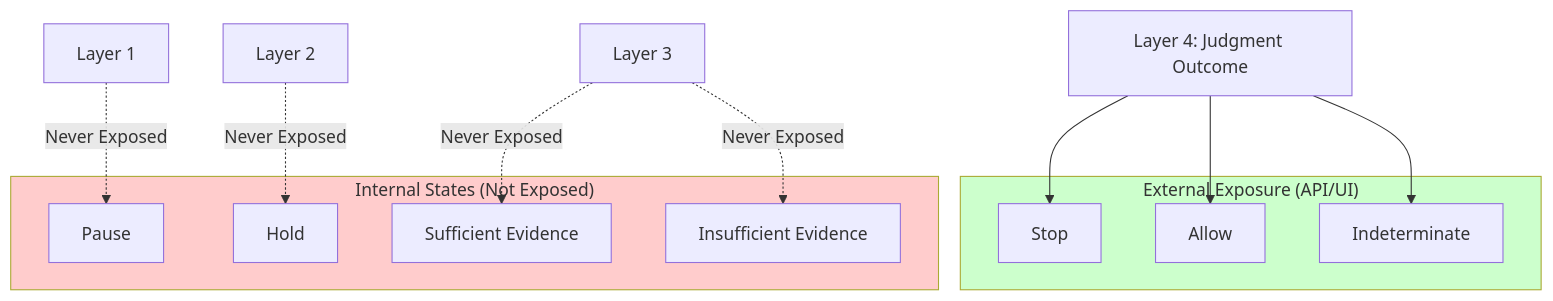
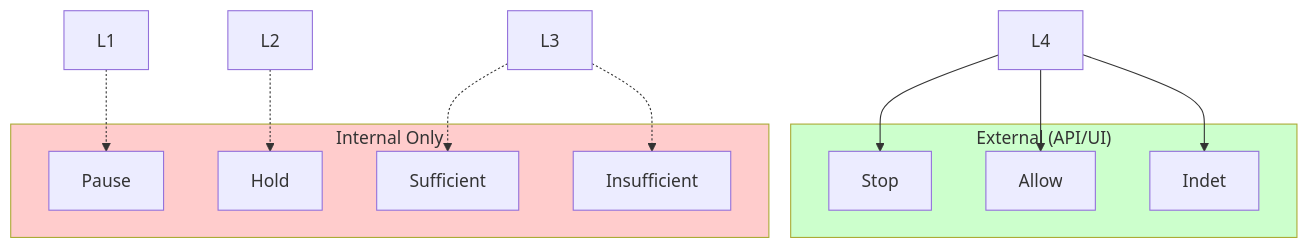
The sixth of 6 diagrams in README.md (Nick-heo-eg/ajt-judgment-flow-demo), drawn with Mermaid before and after one commit. The commit also changed other lines of this file, not shown here.

First line of the commit message:
fix: shorten labels to prevent text overflow in diagrams

````diff
--- a/README.md
+++ b/README.md
@@ -154,27 +154,27 @@
 ```mermaid
 graph TD
-    subgraph External["External Exposure (API/UI)"]
+    subgraph External["External (API/UI)"]
         Ext_Stop[Stop]
         Ext_Allow[Allow]
-        Ext_Indet[Indeterminate]
+        Ext_Indet[Indet]
     end
 
-    subgraph Internal["Internal States (Not Exposed)"]
+    subgraph Internal["Internal Only"]
         Int_Pause[Pause]
         Int_Hold[Hold]
-        Int_Sufficient[Sufficient Evidence]
-        Int_Insufficient[Insufficient Evidence]
+        Int_Suff[Sufficient]
+        Int_Insuff[Insufficient]
     end
 
-    L4[Layer 4: Judgment Outcome] --> Ext_Stop
+    L4[L4] --> Ext_Stop
     L4 --> Ext_Allow
     L4 --> Ext_Indet
 
-    L1[Layer 1] -.->|Never Exposed| Int_Pause
-    L2[Layer 2] -.->|Never Exposed| Int_Hold
-    L3[Layer 3] -.->|Never Exposed| Int_Sufficient
-    L3 -.->|Never Exposed| Int_Insufficient
+    L1[L1] -.-> Int_Pause
+    L2[L2] -.-> Int_Hold
+    L3[L3] -.-> Int_Suff
+    L3 -.-> Int_Insuff
 
     style External fill:#cfc
     style Internal fill:#fcc
 ```
````
